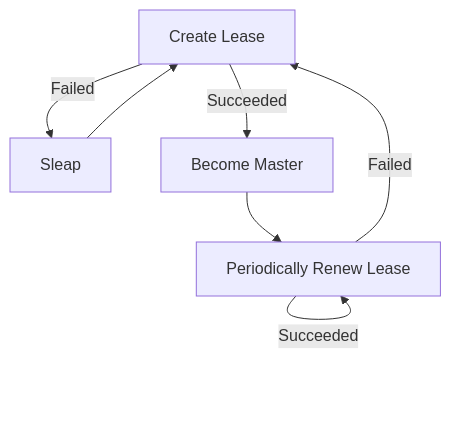
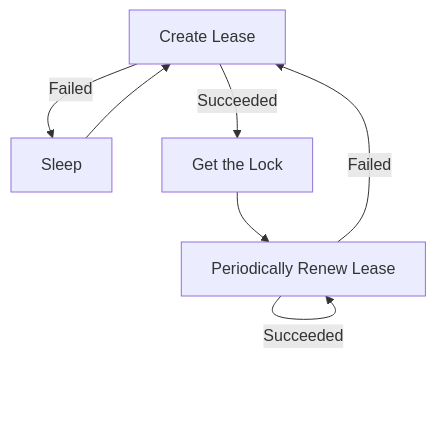
One commit to Ericsson/ecchronos changed the second of 4 diagrams in docs/ARCHITECTURE.md. Above: the diagram before and after it, drawn with Mermaid. The commit also changed other lines of this file, not shown here.

First line of the commit message:
Enhancement of ARCHITECTURE.md Documentation - Issue #578

````diff
--- a/docs/ARCHITECTURE.md
+++ b/docs/ARCHITECTURE.md
@@ -56,9 +54,9 @@
   ```mermaid
   flowchart TB
-    A[Create Lease] -->|Failed| b[Sleap]
-    b[Sleap] --> A[Create Lease]
-    A[Create Lease] -->|Succeeded| c[Become Master]
-    c[Become Master] --> D[Periodically Renew Lease]
+    A[Create Lease] -->|Failed| b[Sleep]
+    b[Sleep] --> A[Create Lease]
+    A[Create Lease] -->|Succeeded| c[Get the Lock]
+    c[Get the Lock] --> D[Periodically Renew Lease]
     D[Periodically Renew Lease] -->|Failed| A[Create Lease]
     D[Periodically Renew Lease] -->|Succeeded|D[Periodically Renew Lease]
   ```
````
